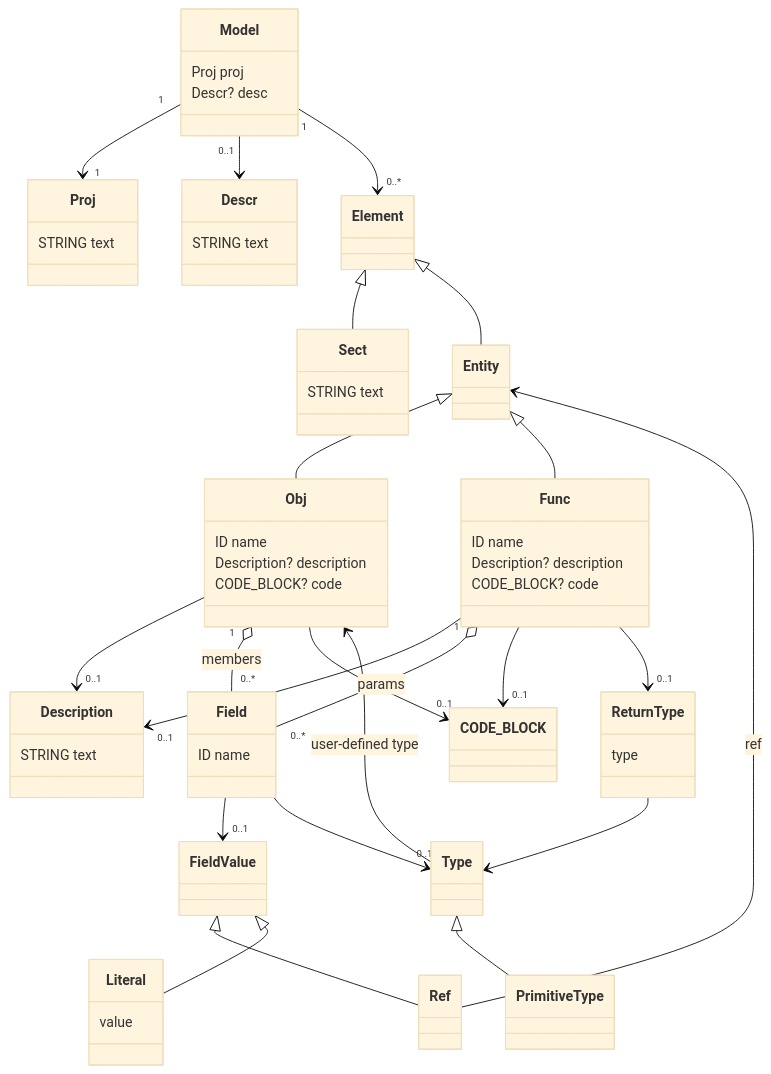
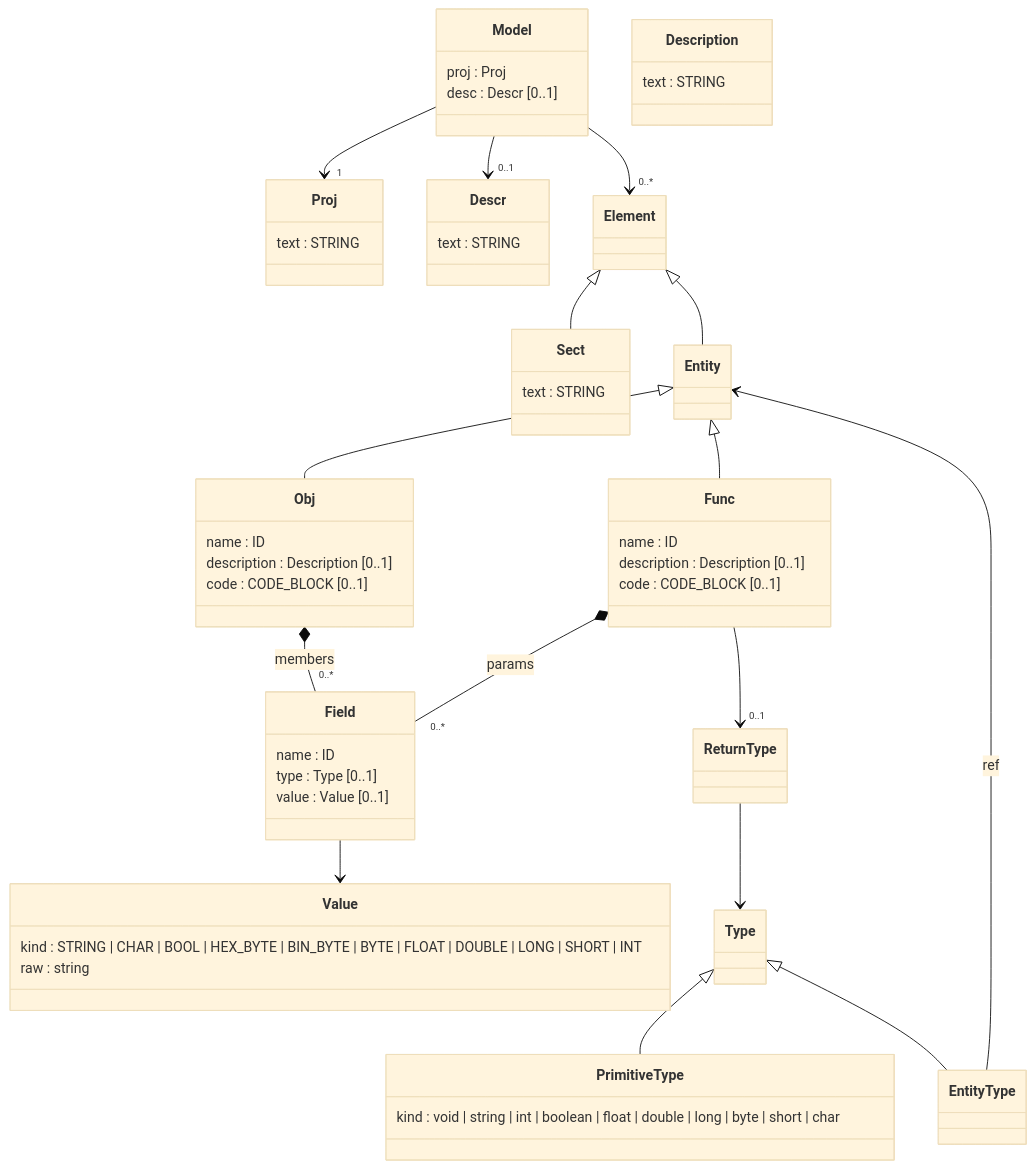
The diagram in docs/metamodel.md (dermrvn-code/doc-lang), drawn with Mermaid (base theme) before and after one commit.

Commit message:
doc: update metamodel

````diff
--- a/docs/metamodel.md
+++ b/docs/metamodel.md
@@ -2,24 +2,24 @@
 classDiagram
 
 %% =======================
-%% Root Model
+%% Root
 %% =======================
 class Model {
-  Proj proj
-  Descr? desc
+  proj : Proj
+  desc : Descr [0..1]
 }
 
 class Proj {
-  STRING text
+  text : STRING
 }
 
 class Descr {
-  STRING text
+  text : STRING
 }
 
-Model "1" --> "1" Proj
-Model "0..1" --> Descr
-Model "1" --> "0..*" Element
+Model --> "1" Proj
+Model --> "0..1" Descr
+Model --> "0..*" Element
 
 %% =======================
 %% Elements
@@ -27,7 +27,7 @@
 class Element
 
 class Sect {
-  STRING text
+  text : STRING
 }
 
 class Entity
@@ -39,75 +39,65 @@
 %% Entities
 %% =======================
 class Obj {
-  ID name
-  Description? description
-  CODE_BLOCK? code
+  name : ID
+  description : Description [0..1]
+  code : CODE_BLOCK [0..1]
 }
 
 class Func {
-  ID name
-  Description? description
-  CODE_BLOCK? code
+  name : ID
+  description : Description [0..1]
+  code : CODE_BLOCK [0..1]
 }
 
 Entity <|-- Obj
 Entity <|-- Func
 
-%% =======================
-%% Shared Concepts
-%% =======================
 class Description {
-  STRING text
+  text : STRING
 }
 
+%% =======================
+%% Fields
+%% =======================
 class Field {
-  ID name
+  name : ID
+  type : Type [0..1]
+  value : Value [0..1]
 }
 
-Obj --> "0..1" Description
-Func --> "0..1" Description
-
-%% members / params
-Obj "1" o-- "0..*" Field : members
-Func "1" o-- "0..*" Field : params
-
-Obj --> "0..1" CODE_BLOCK
-Func --> "0..1" CODE_BLOCK
+Obj *-- "0..*" Field : members
+Func *-- "0..*" Field : params
 
 %% =======================
-%% Field System
+%% Return type
 %% =======================
-class FieldValue
-class Ref
-class Literal {
-  value
-}
-
-Field --> "0..1" FieldValue
-
-FieldValue <|-- Ref
-FieldValue <|-- Literal
-
-%% reference to entities
-Ref --> Entity : ref
-
-%% =======================
-%% Types
-%% =======================
-class Type
-class PrimitiveType
-
-Type <|-- PrimitiveType
-
-class ReturnType {
-  type
-}
-
+class ReturnType
 Func --> "0..1" ReturnType
 ReturnType --> Type
 
-Field --> "0..1" Type
+%% =======================
+%% Type system
+%% =======================
+class Type
 
-%% Obj reference type (user-defined types)
-Type --> Obj : user-defined type
+class PrimitiveType {
+  kind : void | string | int | boolean | float | double | long | byte | short | char
+}
+
+class EntityType
+
+Type <|-- PrimitiveType
+Type <|-- EntityType
+EntityType --> Entity : ref
+
+%% =======================
+%% Unified literal system
+%% =======================
+class Value {
+  kind : STRING | CHAR | BOOL | HEX_BYTE | BIN_BYTE | BYTE | FLOAT | DOUBLE | LONG | SHORT | INT
+  raw  : string
+}
+
+Field --> Value
 ```
````
